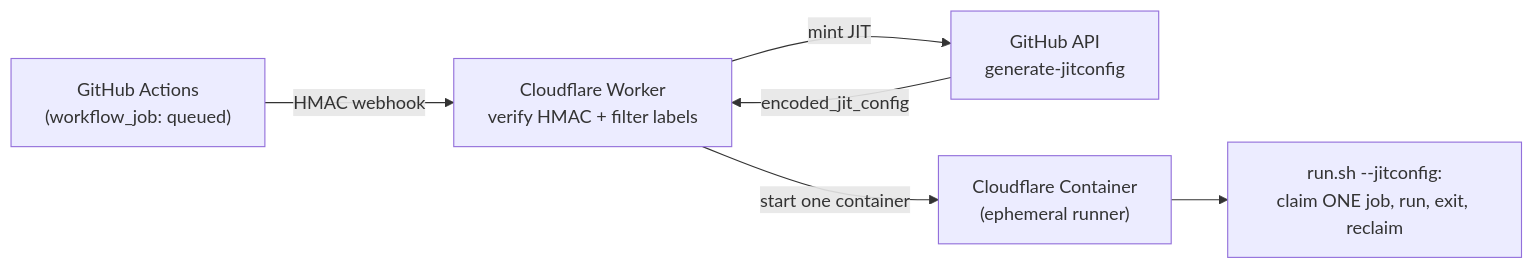
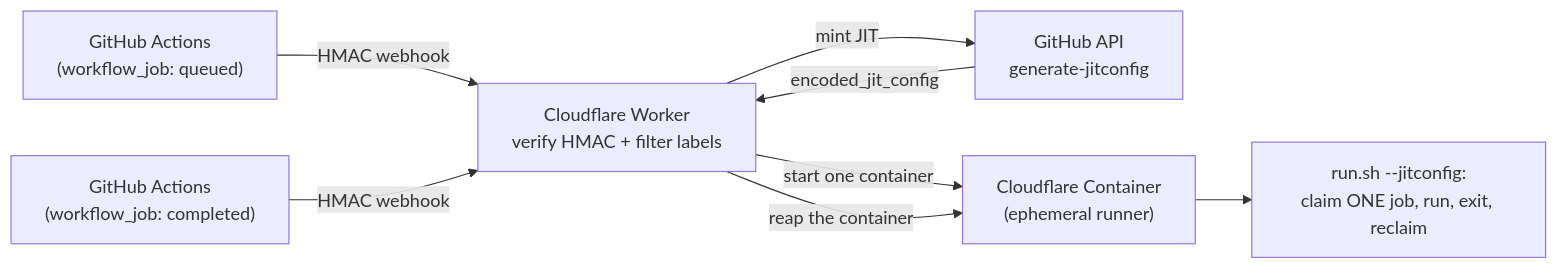
One commit to andrius/flare-runner changed the diagram in README.md. Above: the diagram before and after it, drawn with Mermaid. The commit also changed other lines of this file and 4 other files, not shown here.

````diff
--- a/README.md
+++ b/README.md
@@ -8,13 +8,16 @@
 ```mermaid
 flowchart LR
     A["GitHub Actions<br/>(workflow_job: queued)"]
     B["Cloudflare Worker<br/>verify HMAC + filter labels"]
     C["GitHub API<br/>generate-jitconfig"]
     D["Cloudflare Container<br/>(ephemeral runner)"]
     E["run.sh --jitconfig:<br/>claim ONE job, run, exit, reclaim"]
+    F["GitHub Actions<br/>(workflow_job: completed)"]
     A -- "HMAC webhook" --> B
     B -- "mint JIT" --> C
     C -- "encoded_jit_config" --> B
     B -- "start one container" --> D
     D --> E
+    F -- "HMAC webhook" --> B
+    B -- "reap the container" --> D
 ```
````
